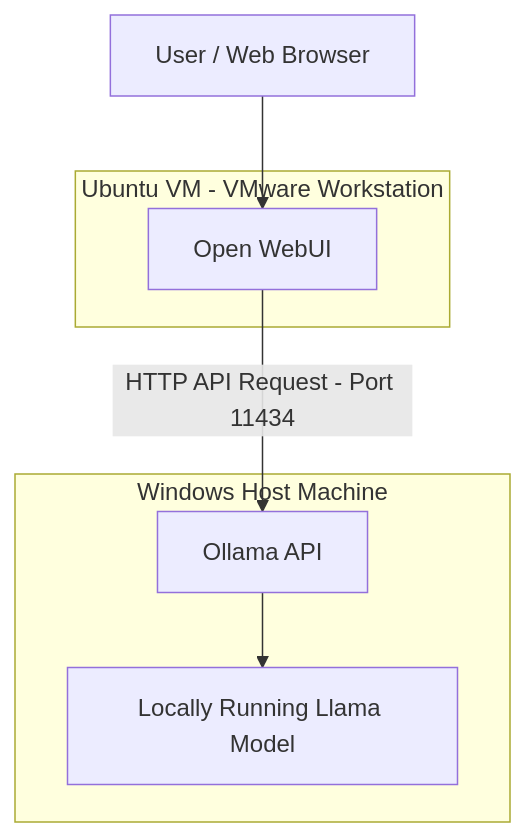
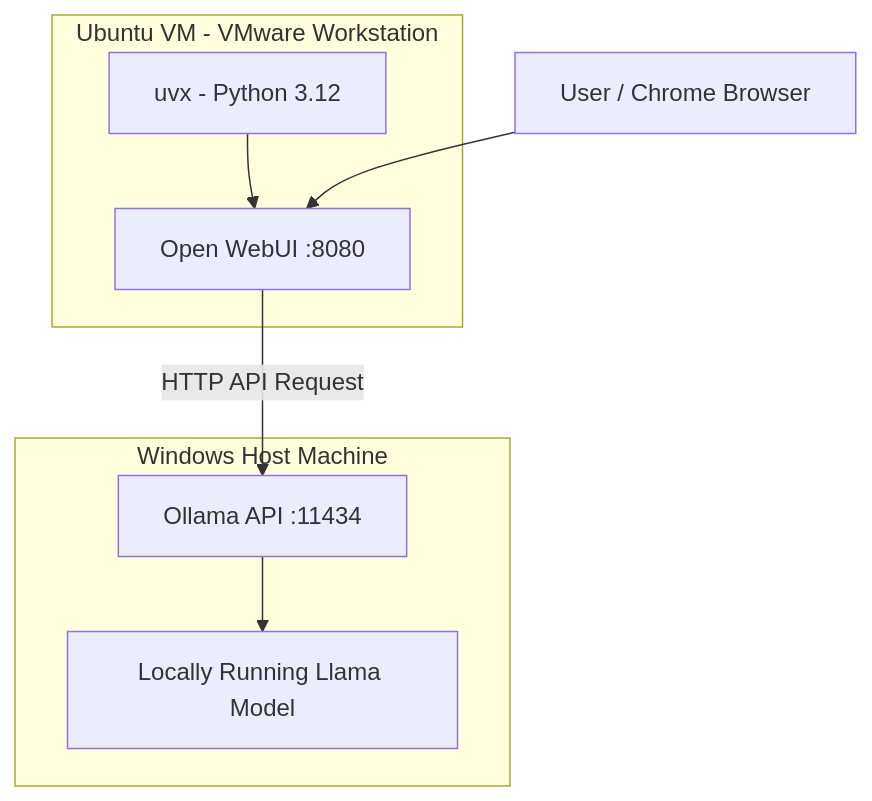
One commit to Thiruvangadan/local-ai-ollama-openwebui changed the diagram in README.md. Above: the diagram before and after it, drawn with Mermaid. The commit also changed other lines of this file, not shown here.

````diff
--- a/README.md
+++ b/README.md
@@ -15,11 +19,18 @@
 ```mermaid
 flowchart TB
-    A[User / Web Browser] --> B[Open WebUI]
+    A[User / Chrome Browser]
     subgraph VM["Ubuntu VM - VMware Workstation"]
-        B
+        B[Open WebUI :8080]
+        C[uvx - Python 3.12]
+        C --> B
     end
-    B -->|HTTP API Request - Port 11434| C[Ollama API]
+
     subgraph HOST["Windows Host Machine"]
-        C --> D[Locally Running Llama Model]
+        D[Ollama API :11434]
+        E[Locally Running Llama Model]
+        D --> E
     end
+
+    A --> B
+    B -->|HTTP API Request| D
 ```
````
